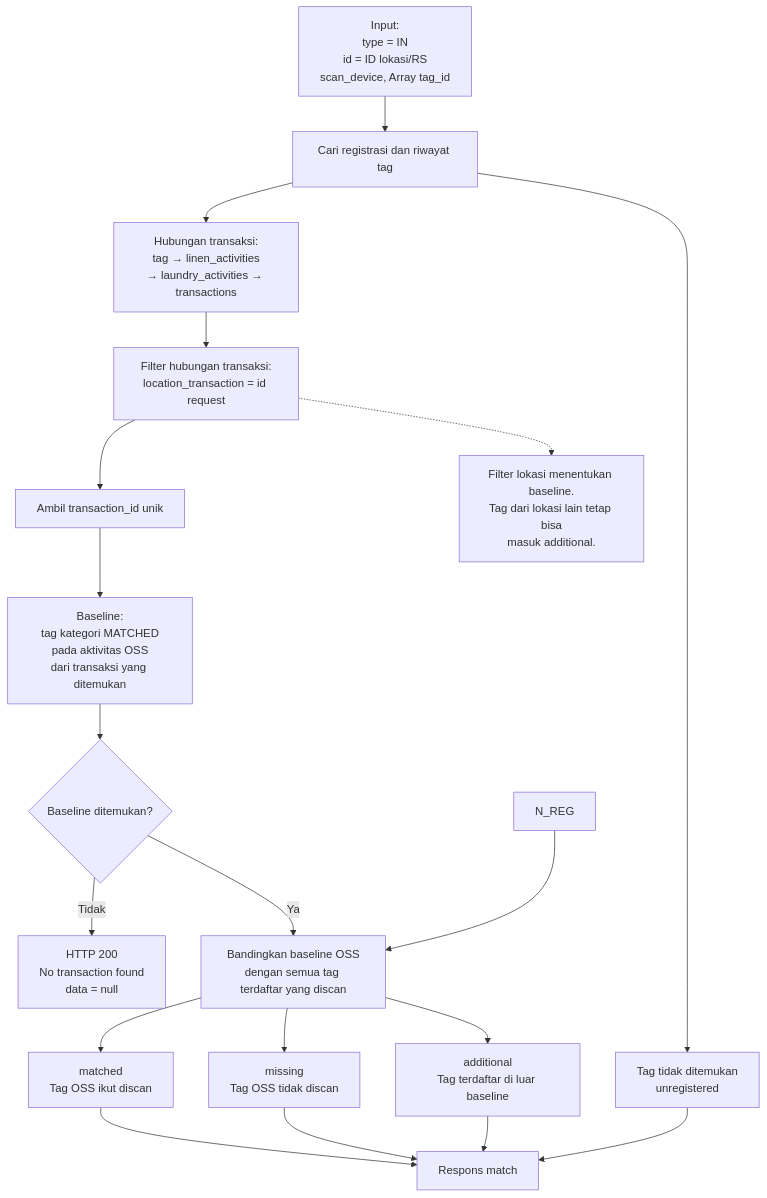
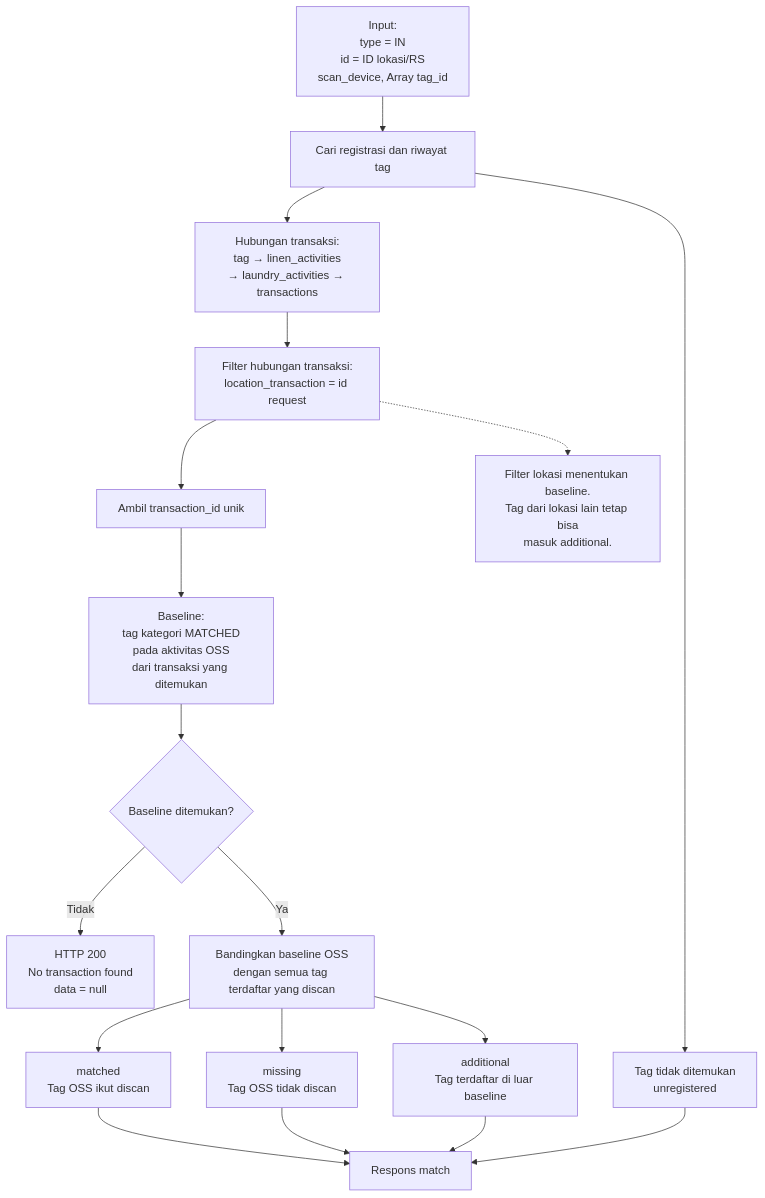
One commit to bagaskrmn/bac-flow-laundry changed the first of 3 diagrams in laundry-activities/incoming-soil.md. Above: the diagram before and after it, drawn with Mermaid. The commit also changed 1 other file, not shown here.

````diff
--- a/laundry-activities/incoming-soil.md
+++ b/laundry-activities/incoming-soil.md
@@ -3,27 +3,26 @@
 ```mermaid
 flowchart TD
     N_IN["Input:<br/>type = IN<br/>id = ID lokasi/RS<br/>scan_device, Array tag_id"]
 
     N_IN --> N_LOOKUP["Cari registrasi dan riwayat tag"]
     N_LOOKUP --> N_HISTORY["Hubungan transaksi:<br/>tag → linen_activities<br/>→ laundry_activities → transactions"]
     N_LOOKUP --> N_UNREG["Tag tidak ditemukan<br/>unregistered"]
 
     N_HISTORY --> N_FILTER["Filter hubungan transaksi:<br/>location_transaction = id request"]
     N_FILTER --> N_IDS["Ambil transaction_id unik"]
     N_IDS --> N_BASE["Baseline:<br/>tag kategori MATCHED<br/>pada aktivitas OSS<br/>dari transaksi yang ditemukan"]
 
     N_BASE --> N_EXISTS{"Baseline ditemukan?"}
     N_EXISTS -->|Tidak| N_EMPTY["HTTP 200<br/>No transaction found<br/>data = null"]
     N_EXISTS -->|Ya| N_COMP["Bandingkan baseline OSS<br/>dengan semua tag terdaftar yang discan"]
-    N_REG --> N_COMP
 
     N_COMP --> N_MATCH["matched<br/>Tag OSS ikut discan"]
     N_COMP --> N_MISS["missing<br/>Tag OSS tidak discan"]
     N_COMP --> N_ADD["additional<br/>Tag terdaftar di luar baseline"]
     N_MATCH --> N_RES["Respons match"]
     N_MISS --> N_RES
     N_ADD --> N_RES
     N_UNREG --> N_RES
 
     N_FILTER -.-> N_LOCNOTE["Filter lokasi menentukan baseline.<br/>Tag dari lokasi lain tetap bisa<br/>masuk additional."]
 ```
````
